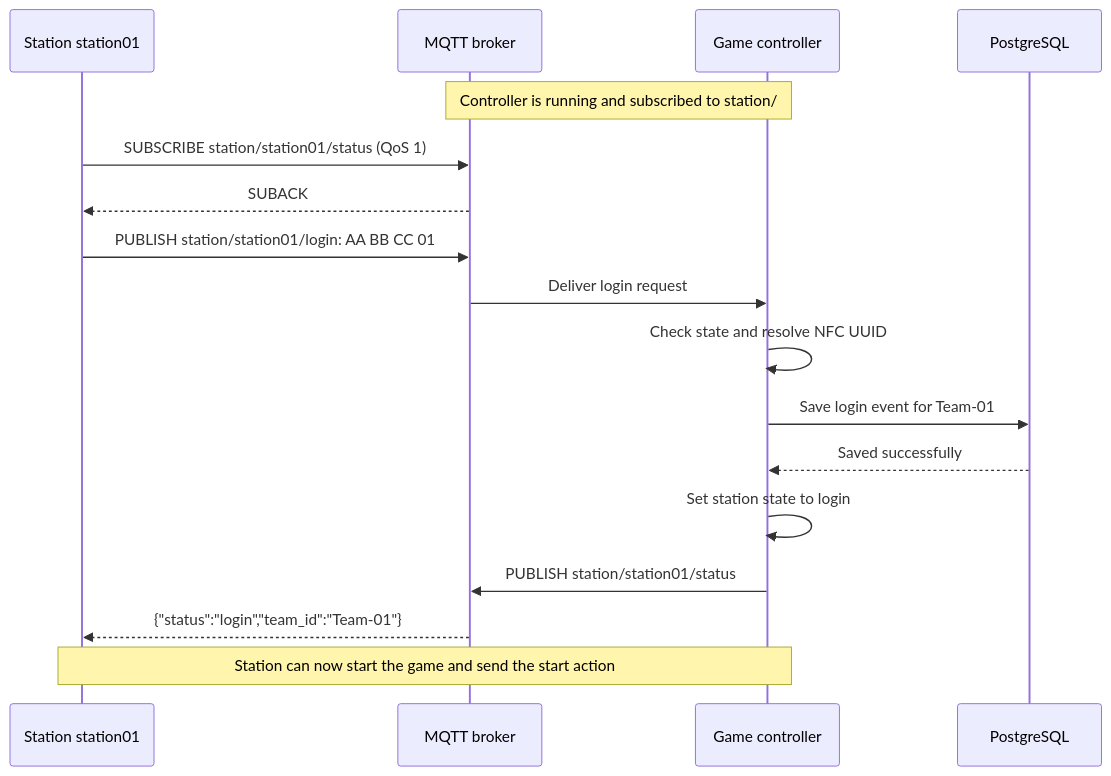
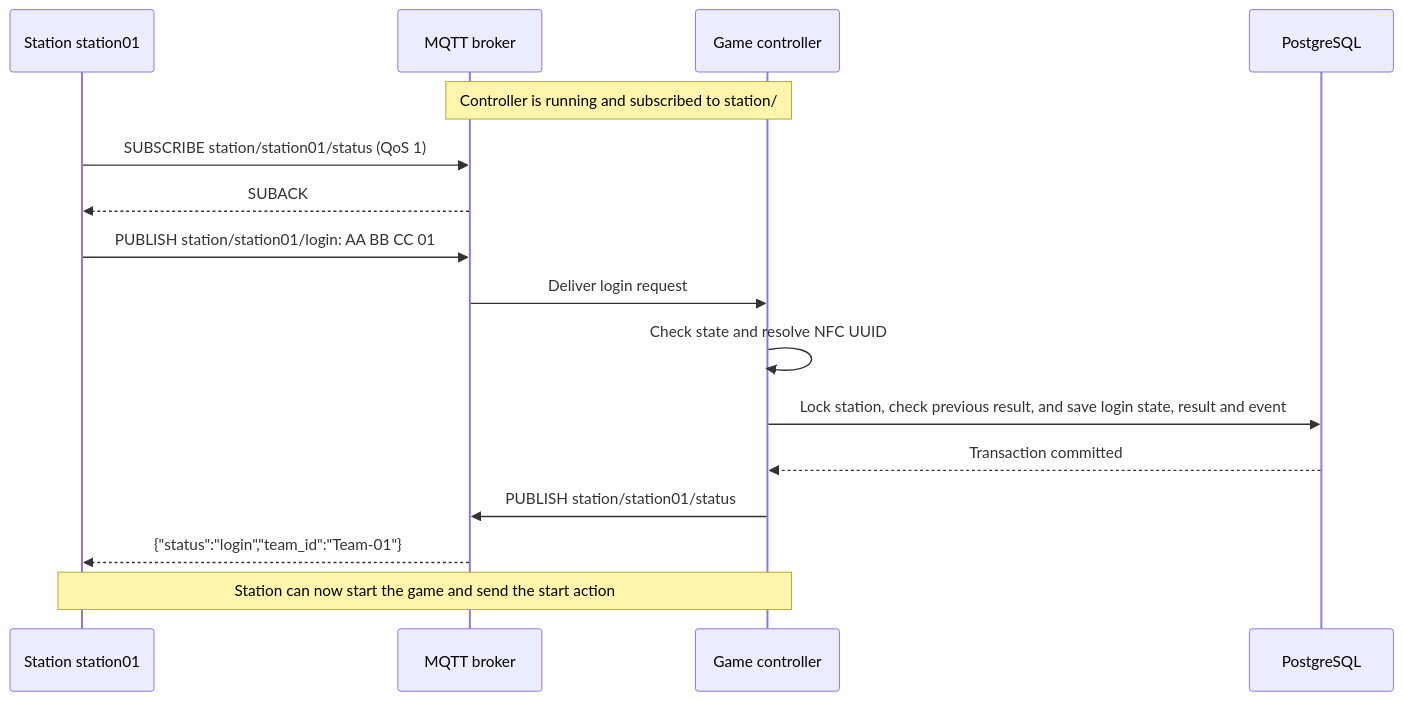
One commit to GnomUltras/backend changed the third of 6 diagrams in README.md. Above: the diagram before and after it, drawn with Mermaid. The commit also changed other lines of this file and 1 other file, not shown here.

````diff
--- a/README.md
+++ b/README.md
@@ -228,20 +261,19 @@
 ```mermaid
 sequenceDiagram
     participant S as Station station01
     participant B as MQTT broker
     participant C as Game controller
     participant D as PostgreSQL
 
     Note over B,C: Controller is running and subscribed to station/#
     S->>B: SUBSCRIBE station/station01/status (QoS 1)
     B-->>S: SUBACK
     S->>B: PUBLISH station/station01/login: AA BB CC 01
     B->>C: Deliver login request
     C->>C: Check state and resolve NFC UUID
-    C->>D: Save login event for Team-01
-    D-->>C: Saved successfully
-    C->>C: Set station state to login
+    C->>D: Lock station, check previous result, and save login state, result and event
+    D-->>C: Transaction committed
     C->>B: PUBLISH station/station01/status
     B-->>S: {"status":"login","team_id":"Team-01"}
     Note over S,C: Station can now start the game and send the start action
 ```
````
